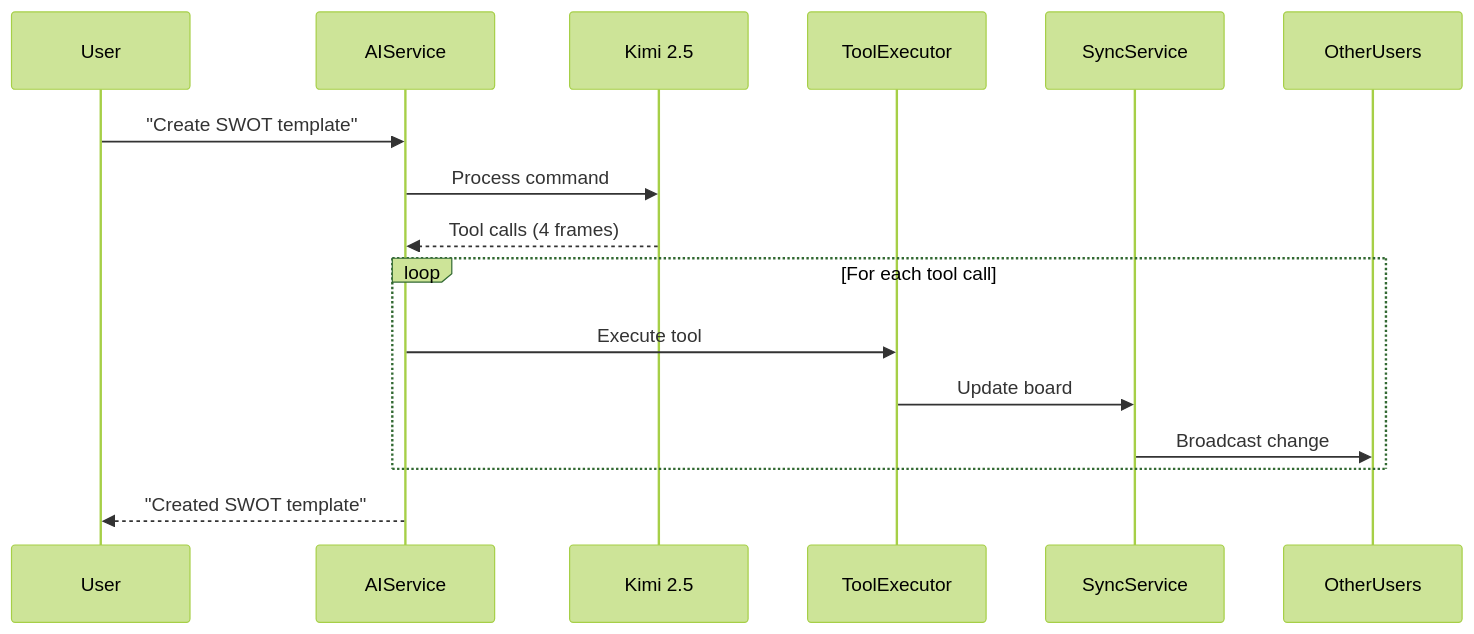
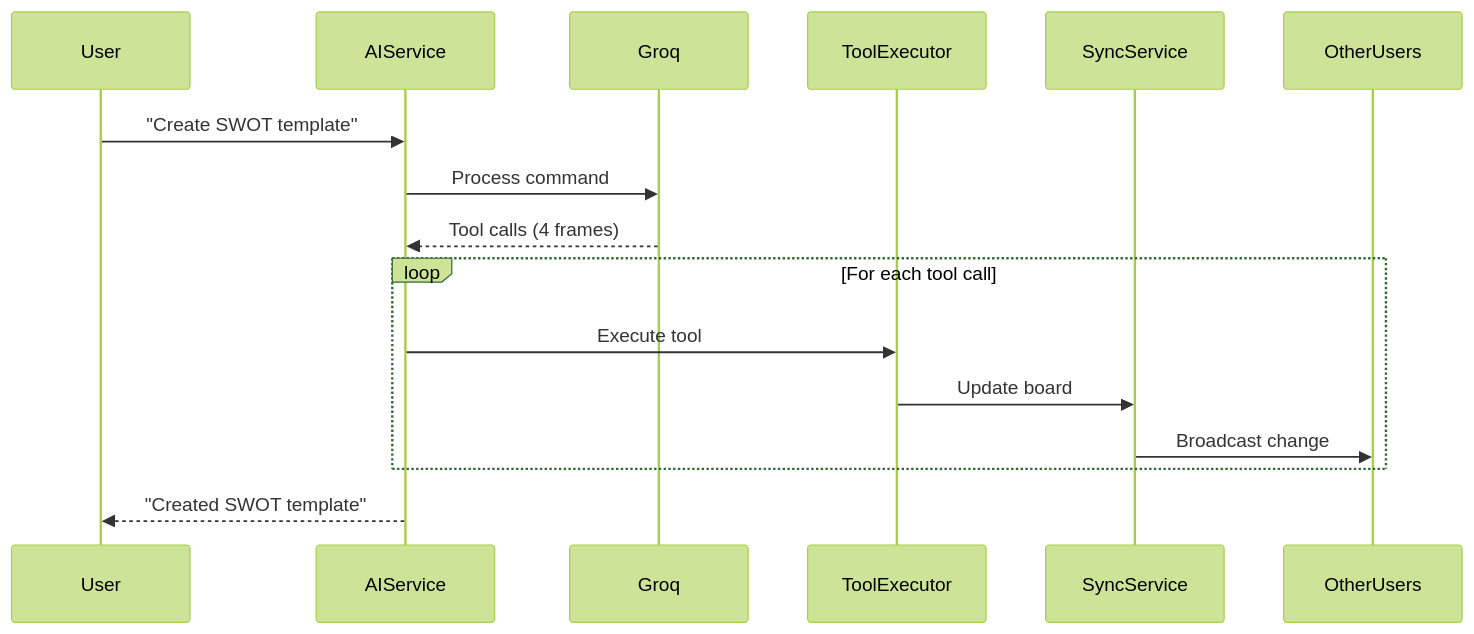
The eighth of 8 diagrams in docs/product/PRD.md (MichaelHabermas/gai-collab-board), drawn with Mermaid (forest theme) before and after one commit. The commit also changed other lines of this file and 30 other files, not shown here.

````diff
--- a/docs/product/PRD.md
+++ b/docs/product/PRD.md
@@ -2512,19 +2508,19 @@
 ```mermaid
 sequenceDiagram
     participant User
     participant AIService
-    participant Kimi as Kimi 2.5
+    participant Groq as Groq
     participant ToolExecutor
     participant SyncService
     participant OtherUsers
 
     User->>AIService: "Create SWOT template"
-    AIService->>Kimi: Process command
-    Kimi-->>AIService: Tool calls (4 frames)
+    AIService->>Groq: Process command
+    Groq-->>AIService: Tool calls (4 frames)
     loop For each tool call
         AIService->>ToolExecutor: Execute tool
         ToolExecutor->>SyncService: Update board
         SyncService->>OtherUsers: Broadcast change
     end
     AIService-->>User: "Created SWOT template"
 ```
````
